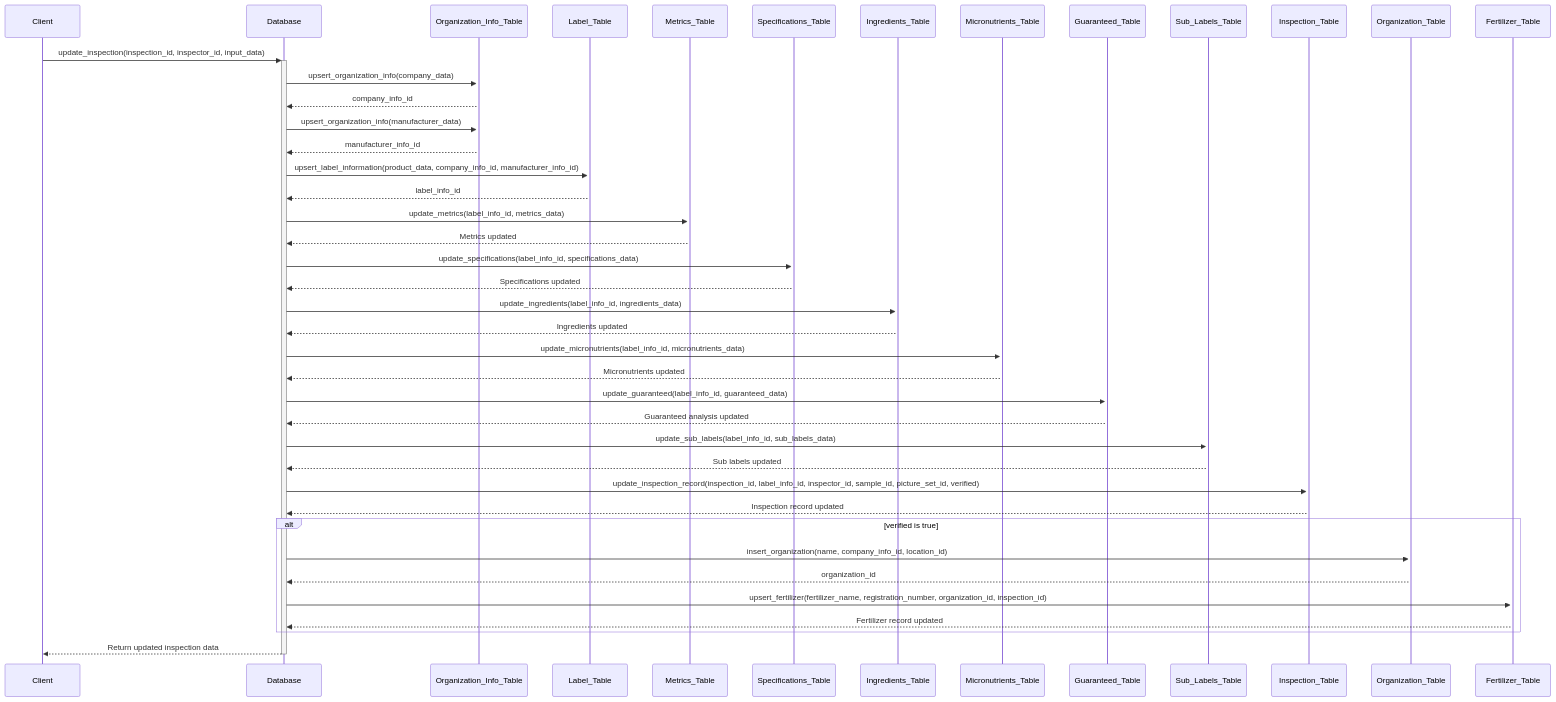
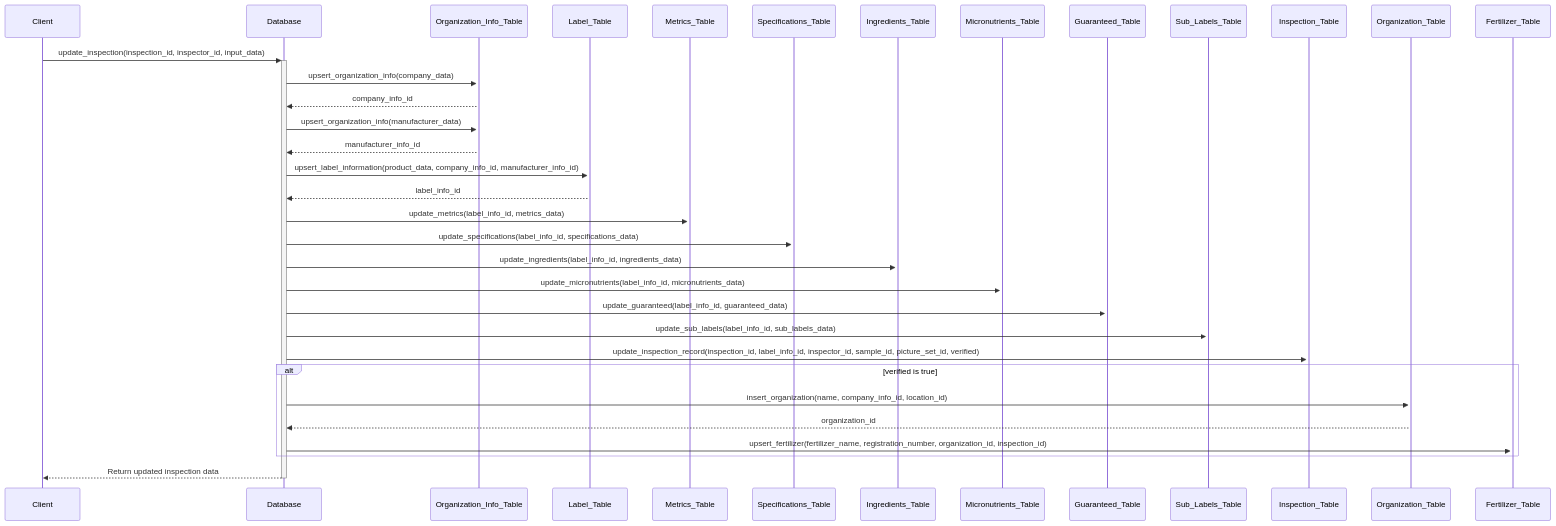
Before and after one commit to ai-cfia/ailab-datastore: the diagram in doc/fertiscan/update-inspection-sequence.md, drawn with Mermaid. The commit also changed other lines of this file, not shown here.

Commit message:
issue #90: fix update inspection sequence diag

````diff
--- a/doc/fertiscan/update-inspection-sequence.md
+++ b/doc/fertiscan/update-inspection-sequence.md
@@ -16,59 +16,51 @@
 ```mermaid
 sequenceDiagram
     participant Client
     participant DB as Database
     participant OrganizationInfoTable as Organization_Info_Table
     participant LabelTable as Label_Table
     participant MetricsTable as Metrics_Table
     participant SpecificationsTable as Specifications_Table
     participant IngredientsTable as Ingredients_Table
     participant MicronutrientsTable as Micronutrients_Table
     participant GuaranteedTable as Guaranteed_Table
     participant SubLabelsTable as Sub_Labels_Table
     participant InspectionTable as Inspection_Table
     participant OrganizationTable as Organization_Table
     participant FertilizerTable as Fertilizer_Table
 
     Client->>+DB: update_inspection(inspection_id, inspector_id, input_data)
 
     DB->>+OrganizationInfoTable: upsert_organization_info(company_data)
     OrganizationInfoTable-->>DB: company_info_id
 
     DB->>+OrganizationInfoTable: upsert_organization_info(manufacturer_data)
     OrganizationInfoTable-->>DB: manufacturer_info_id
 
     DB->>+LabelTable: upsert_label_information(product_data, company_info_id, manufacturer_info_id)
     LabelTable-->>DB: label_info_id
 
     DB->>+MetricsTable: update_metrics(label_info_id, metrics_data)
-    MetricsTable-->>DB: Metrics updated
 
     DB->>+SpecificationsTable: update_specifications(label_info_id, specifications_data)
-    SpecificationsTable-->>DB: Specifications updated
 
     DB->>+IngredientsTable: update_ingredients(label_info_id, ingredients_data)
-    IngredientsTable-->>DB: Ingredients updated
 
     DB->>+MicronutrientsTable: update_micronutrients(label_info_id, micronutrients_data)
-    MicronutrientsTable-->>DB: Micronutrients updated
 
     DB->>+GuaranteedTable: update_guaranteed(label_info_id, guaranteed_data)
-    GuaranteedTable-->>DB: Guaranteed analysis updated
 
     DB->>+SubLabelsTable: update_sub_labels(label_info_id, sub_labels_data)
-    SubLabelsTable-->>DB: Sub labels updated
 
     DB->>+InspectionTable: update_inspection_record(inspection_id, label_info_id, inspector_id, sample_id, picture_set_id, verified)
-    InspectionTable-->>DB: Inspection record updated
 
     alt verified is true
         DB->>+OrganizationTable: insert_organization(name, company_info_id, location_id)
         OrganizationTable-->>DB: organization_id
 
         DB->>+FertilizerTable: upsert_fertilizer(fertilizer_name, registration_number, organization_id, inspection_id)
-        FertilizerTable-->>DB: Fertilizer record updated
     end
 
     DB-->>-Client: Return updated inspection data
 
 ```
````
